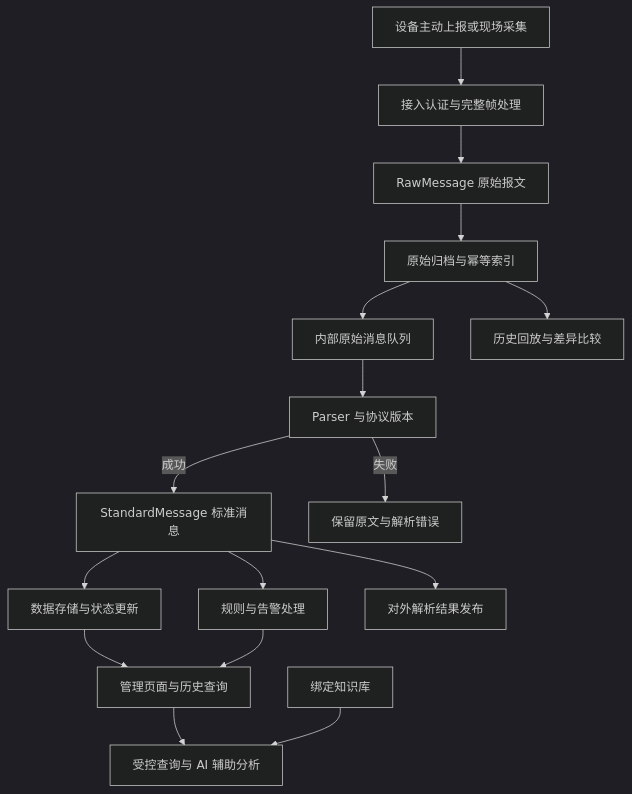
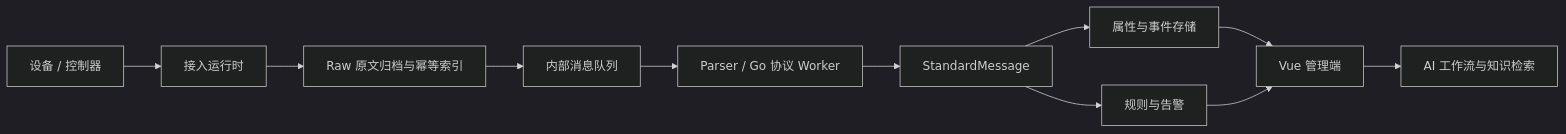
The diagram in README.md (Jokerboozp/TorchLink), drawn with Mermaid (dark theme) before and after one commit. The commit also changed other lines of this file and 29 other files, not shown here.

````diff
--- a/README.md
+++ b/README.md
@@ -258,18 +41,13 @@
 ```mermaid
-flowchart TD
-    A[设备主动上报或现场采集] --> B[接入认证与完整帧处理]
-    B --> C[RawMessage 原始报文]
-    C --> D[原始归档与幂等索引]
-    D --> E[内部原始消息队列]
-    E --> F[Parser 与协议版本]
-    F -->|成功| G[StandardMessage 标准消息]
-    F -->|失败| H[保留原文与解析错误]
-    G --> I[数据存储与状态更新]
-    G --> J[规则与告警处理]
-    G --> K[对外解析结果发布]
-    I --> L[管理页面与历史查询]
-    J --> L
-    L --> M[受控查询与 AI 辅助分析]
-    N[绑定知识库] --> M
-    D --> O[历史回放与差异比较]
+flowchart LR
+    D[设备 / 控制器] --> A[接入运行时]
+    A --> R[Raw 原文归档与幂等索引]
+    R --> Q[内部消息队列]
+    Q --> P[Parser / Go 协议 Worker]
+    P --> S[StandardMessage]
+    S --> T[属性与事件存储]
+    S --> E[规则与告警]
+    T --> W[Vue 管理端]
+    E --> W
+    W --> H[AI 工作流与知识检索]
 ```
````
